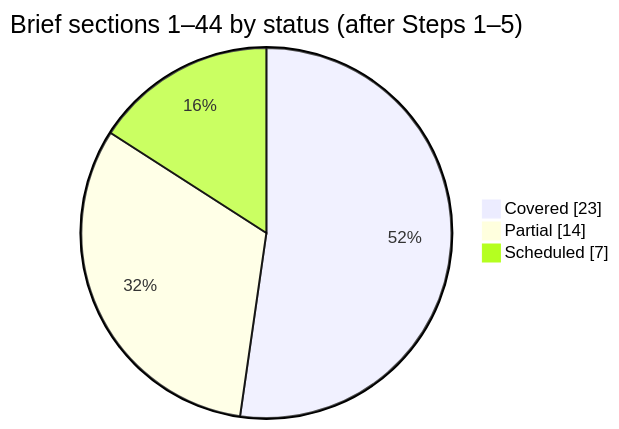
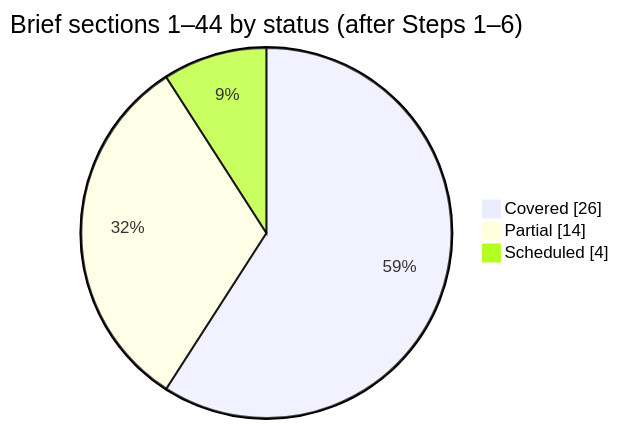
One commit to adityayadav30561-rgb/MASTER-ERP changed the diagram in docs/tracking/COVERAGE-MATRIX.md. Above: the diagram before and after it, drawn with Mermaid. The commit also changed other lines of this file and 30 other files, not shown here.

First line of the commit message:
Accept Step 5; add Step 6 security architecture

````diff
--- a/docs/tracking/COVERAGE-MATRIX.md
+++ b/docs/tracking/COVERAGE-MATRIX.md
@@ -14,7 +14,7 @@
 ```mermaid
 pie showData
-    title Brief sections 1–44 by status (after Steps 1–5)
-    "Covered" : 23
+    title Brief sections 1–44 by status (after Steps 1–6)
+    "Covered" : 26
     "Partial" : 14
-    "Scheduled" : 7
+    "Scheduled" : 4
 ```
````
